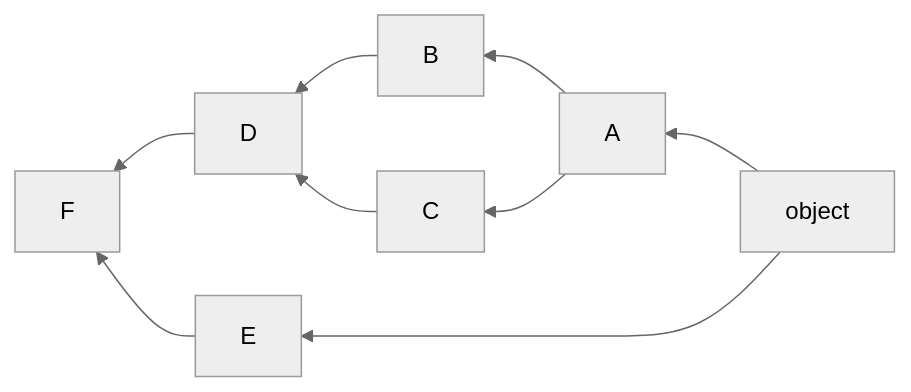
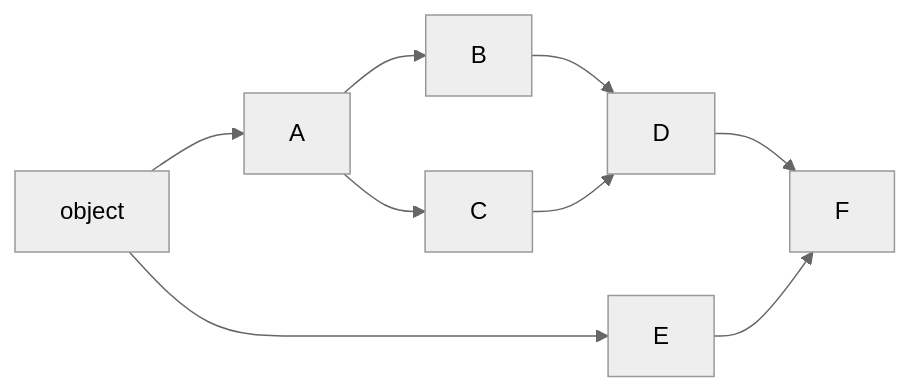
The first of 2 diagrams in Python 类和OOP_2.md (EMLSZOU/Crossing), drawn with Mermaid (neutral theme) before and after one commit. The commit also changed other lines of this file and 1 other file, not shown here.

````diff
--- a/Python 类和OOP_2.md
+++ b/Python 类和OOP_2.md
@@ -396,11 +449,11 @@
   ```mermaid
-  graph RL;
+  graph LR;
   	object--> A
   	object-->E
   	A-->B
   	A-->C
   	B-->D
   	C-->D
   	D-->F
   	E-->F
   ```
````
